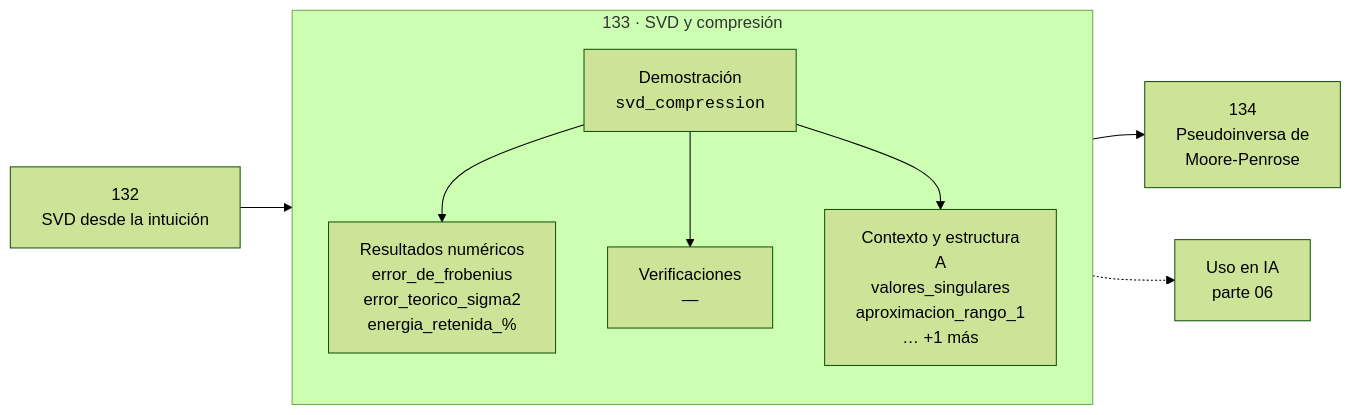
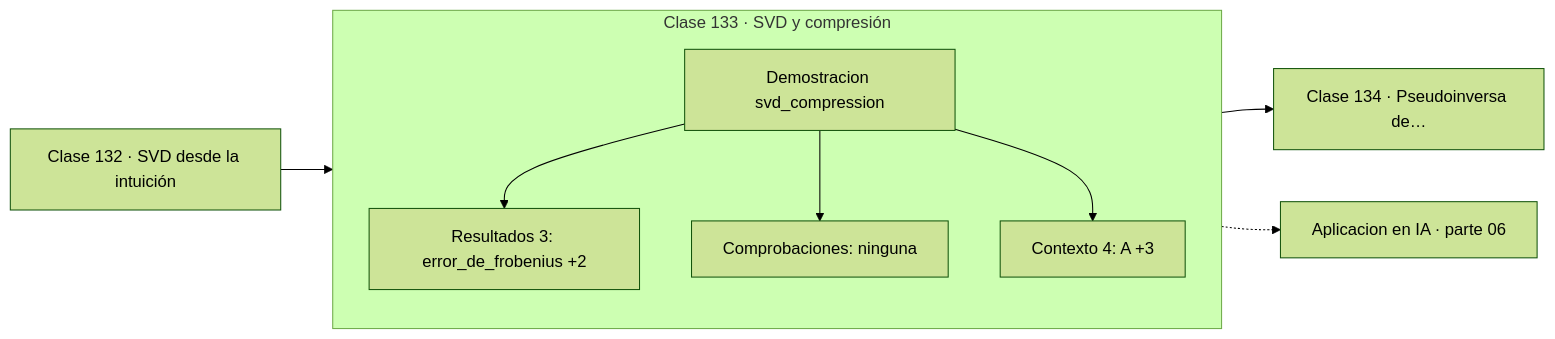
The diagram in classes/part-06-algebra-lineal-ii-descomposiciones-y-tensores/133-svd-y-compresion/README.md (vladimiracunadev-create/computational-mathematics-program), drawn with Mermaid (forest theme) before and after one commit. The commit also changed 389 other files, not shown here.

First line of the commit message:
fix(diagramas): elimina el HTML de las etiquetas Mermaid

````diff
--- a/classes/part-06-algebra-lineal-ii-descomposiciones-y-tensores/133-svd-y-compresion/README.md
+++ b/classes/part-06-algebra-lineal-ii-descomposiciones-y-tensores/133-svd-y-compresion/README.md
@@ -30,12 +30,13 @@
 ```mermaid
 flowchart LR
-    P["132<br/>SVD desde la intuición"] --> C
-    subgraph C["133 · SVD y compresión"]
+    P["Clase 132 · SVD desde la intuición"] --> D
+    subgraph CLASE["Clase 133 · SVD y compresión"]
         direction TB
-        D["Demostración<br/><code>svd_compression</code>"] --> R["Resultados numéricos<br/>error_de_frobenius<br/>error_teorico_sigma2<br/>energia_retenida_%"]
-        D --> V["Verificaciones<br/>—"]
-        D --> O["Contexto y estructura<br/>A<br/>valores_singulares<br/>aproximacion_rango_1<br/>… +1 más"]
+        D["Demostracion svd_compression"]
+        D --> R["Resultados 3: error_de_frobenius +2"]
+        D --> V["Comprobaciones: ninguna"]
+        D --> O["Contexto 4: A +3"]
     end
-    C --> N["134<br/>Pseudoinversa de<br/>Moore-Penrose"]
-    C -.-> IA["Uso en IA<br/>parte 06"]
+    R --> N["Clase 134 · Pseudoinversa de…"]
+    V -.-> IA["Aplicacion en IA · parte 06"]
 ```
````
